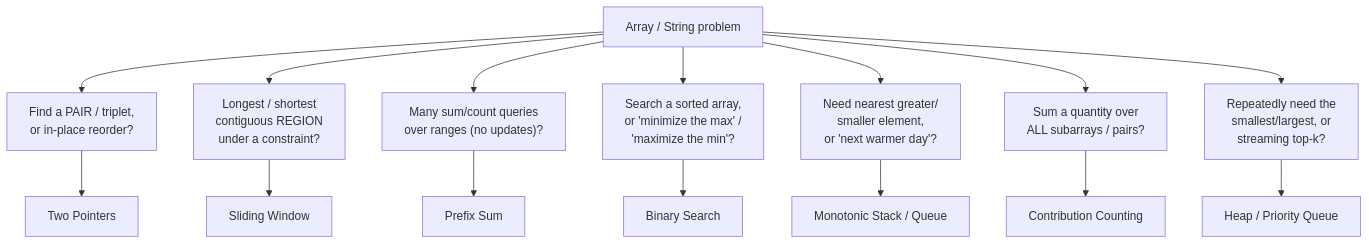
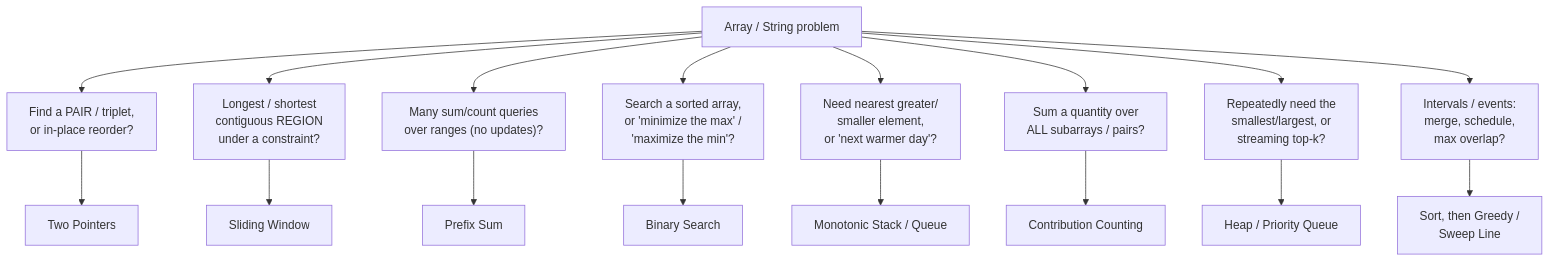
One commit to phuongdinh1411/cses-analyses changed the second of 7 diagrams in pattern/DecisionMap.md. Above: the diagram before and after it, drawn with Mermaid. The commit also changed other lines of this file and 14 other files, not shown here.

````diff
--- a/pattern/DecisionMap.md
+++ b/pattern/DecisionMap.md
@@ -87,19 +87,21 @@
 ```mermaid
 graph TD
     A["Array / String problem"]
     A --> A1["Find a PAIR / triplet,<br/>or in-place reorder?"]
     A --> A2["Longest / shortest<br/>contiguous REGION<br/>under a constraint?"]
     A --> A3["Many sum/count queries<br/>over ranges (no updates)?"]
     A --> A4["Search a sorted array,<br/>or 'minimize the max' /<br/>'maximize the min'?"]
     A --> A5["Need nearest greater/<br/>smaller element,<br/>or 'next warmer day'?"]
     A --> A6["Sum a quantity over<br/>ALL subarrays / pairs?"]
     A --> A7["Repeatedly need the<br/>smallest/largest, or<br/>streaming top-k?"]
+    A --> A8["Intervals / events:<br/>merge, schedule,<br/>max overlap?"]
 
     A1 --> TP["Two Pointers"]
     A2 --> SW["Sliding Window"]
     A3 --> PS["Prefix Sum"]
     A4 --> BS["Binary Search"]
     A5 --> MS["Monotonic Stack / Queue"]
     A6 --> CC["Contribution Counting"]
     A7 --> HP["Heap / Priority Queue"]
+    A8 --> SG["Sort, then Greedy /<br/>Sweep Line"]
 ```
````
